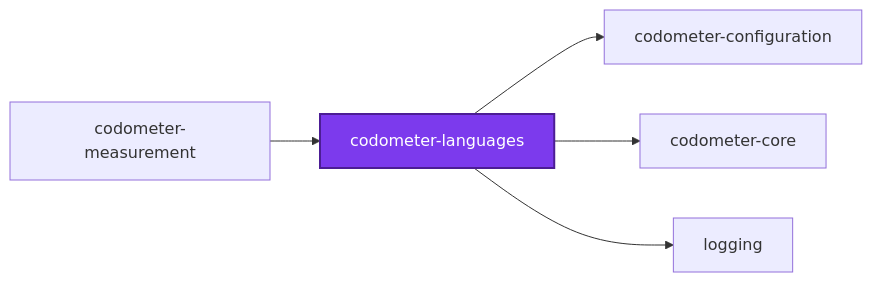
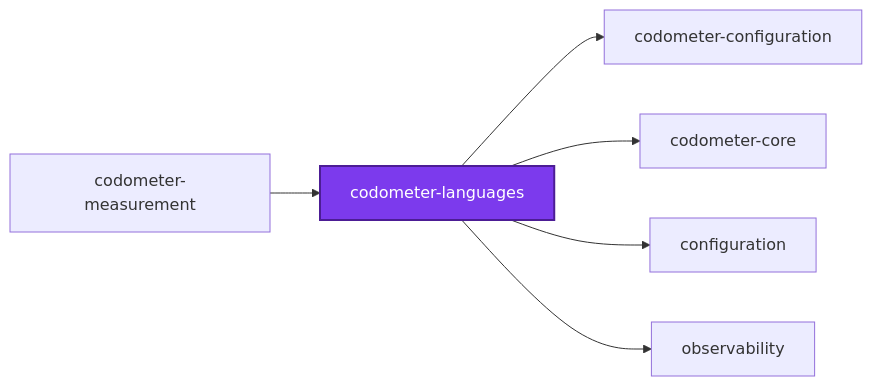
The first of 3 diagrams in projects/ic-suite/codometer/codometer-languages/README.md (organizzolini/codebase), drawn with Mermaid before and after one commit. The commit also changed 68 other files, not shown here.

````diff
--- a/projects/ic-suite/codometer/codometer-languages/README.md
+++ b/projects/ic-suite/codometer/codometer-languages/README.md
@@ -362,14 +362,16 @@
 ```mermaid
 graph LR
   codometer_configuration["codometer-configuration"]
   codometer_core["codometer-core"]
   codometer_languages["codometer-languages"]
   codometer_measurement["codometer-measurement"]
-  logging["logging"]
+  configuration["configuration"]
+  observability["observability"]
   codometer_languages --> codometer_configuration
   codometer_languages --> codometer_core
-  codometer_languages --> logging
+  codometer_languages --> configuration
+  codometer_languages --> observability
   codometer_measurement --> codometer_languages
   classDef subject fill:#7c3aed,color:#fff,stroke:#4c1d95,stroke-width:2px
   class codometer_languages subject
 ```
````
